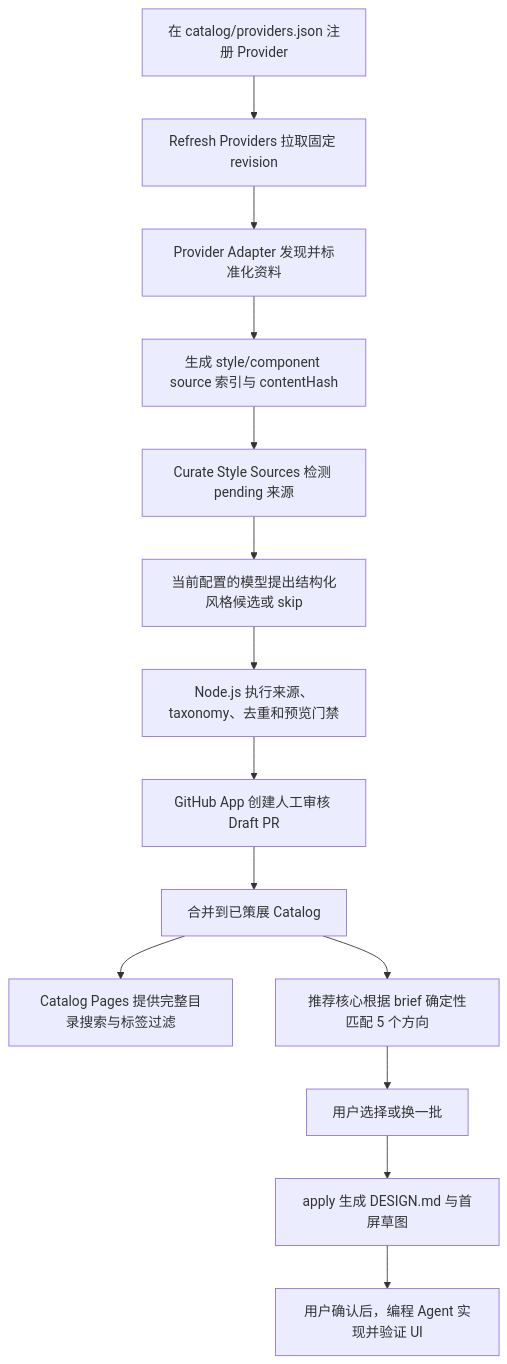
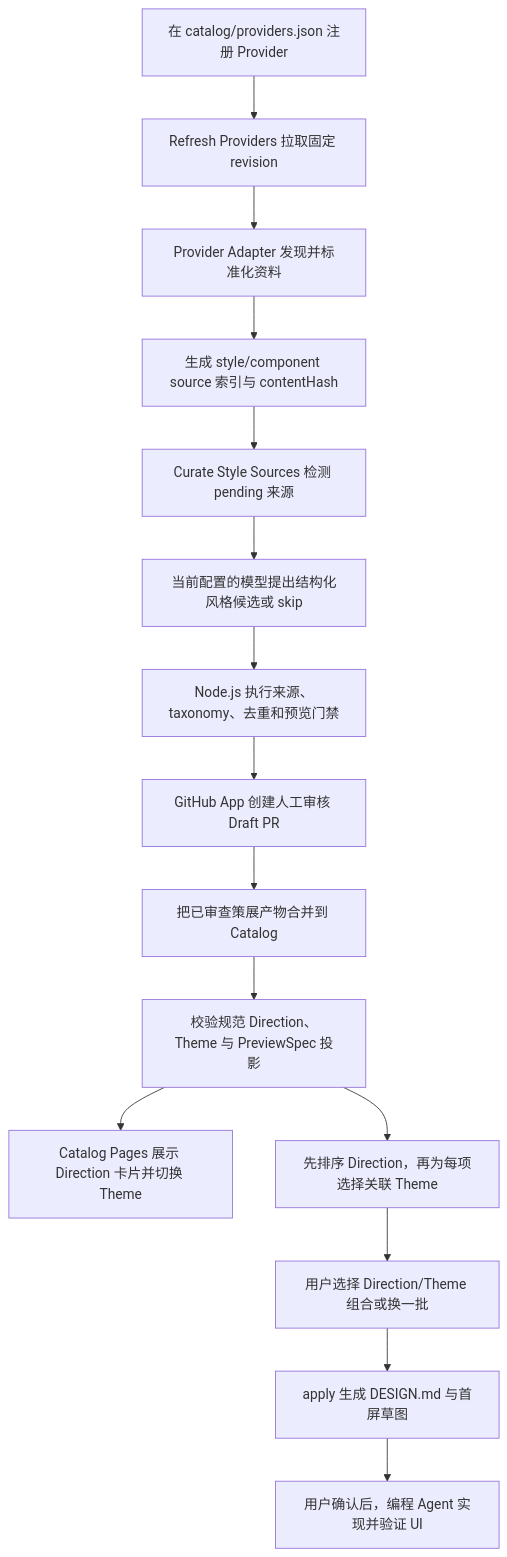
The diagram in docs/OVERVIEW.zh-CN.md (coconilu/ai-ui-style-director), drawn with Mermaid before and after one commit. The commit also changed other lines of this file and 30 other files, not shown here.

````diff
--- a/docs/OVERVIEW.zh-CN.md
+++ b/docs/OVERVIEW.zh-CN.md
@@ -10,16 +10,17 @@
 ```mermaid
 flowchart TD
     A["在 catalog/providers.json 注册 Provider"] --> B["Refresh Providers 拉取固定 revision"]
     B --> C["Provider Adapter 发现并标准化资料"]
     C --> D["生成 style/component source 索引与 contentHash"]
     D --> E["Curate Style Sources 检测 pending 来源"]
     E --> F["当前配置的模型提出结构化风格候选或 skip"]
     F --> G["Node.js 执行来源、taxonomy、去重和预览门禁"]
     G --> H["GitHub App 创建人工审核 Draft PR"]
-    H --> I["合并到已策展 Catalog"]
-    I --> J["Catalog Pages 提供完整目录搜索与标签过滤"]
-    I --> K["推荐核心根据 brief 确定性匹配 5 个方向"]
-    K --> L["用户选择或换一批"]
+    H --> I["把已审查策展产物合并到 Catalog"]
+    I --> P["校验规范 Direction、Theme 与 PreviewSpec 投影"]
+    P --> J["Catalog Pages 展示 Direction 卡片并切换 Theme"]
+    P --> K["先排序 Direction，再为每项选择关联 Theme"]
+    K --> L["用户选择 Direction/Theme 组合或换一批"]
     L --> M["apply 生成 DESIGN.md 与首屏草图"]
     M --> N["用户确认后，编程 Agent 实现并验证 UI"]
 ```
````
